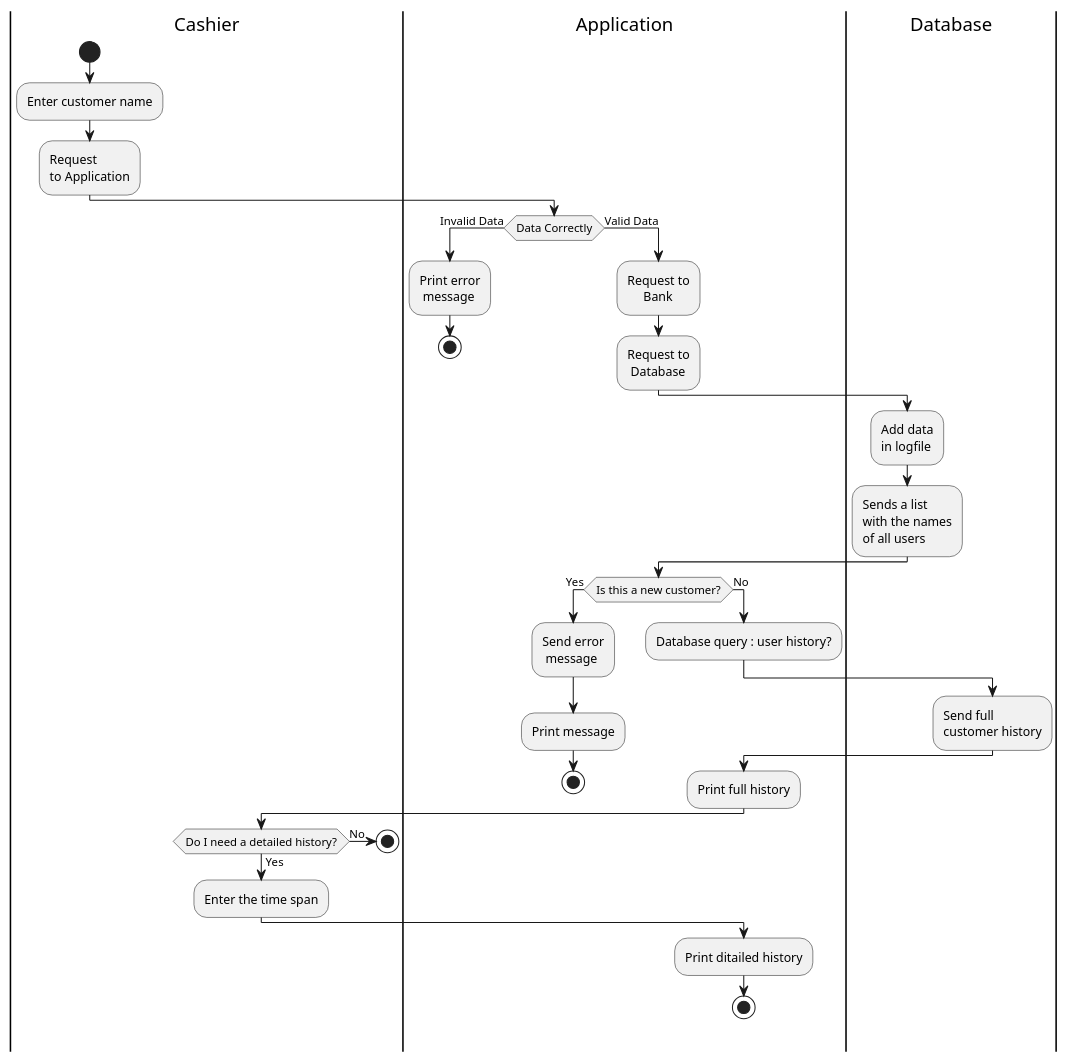
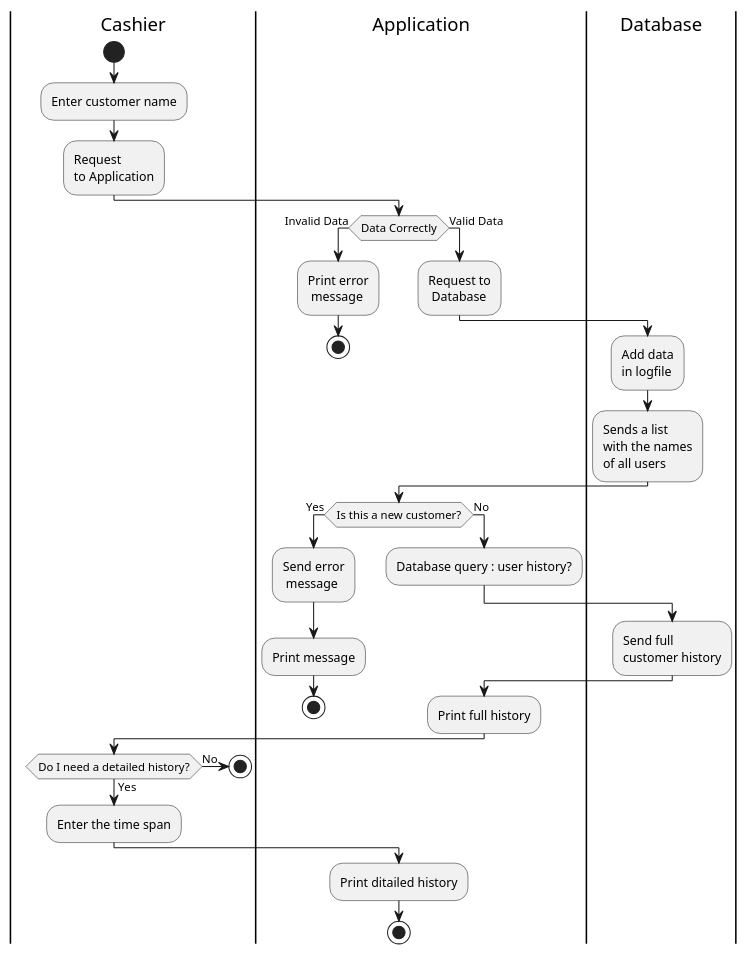
The diagram in ExchangeOfficeApplication/UML/ActivityViewHistoryDiagram.puml (DanilaKe/ExchangeOfficeApplication), drawn with PlantUML before and after one commit. The commit also changed other lines of this file and 5 other files, not shown here.

```diff
--- a/ExchangeOfficeApplication/UML/ActivityViewHistoryDiagram.puml
+++ b/ExchangeOfficeApplication/UML/ActivityViewHistoryDiagram.puml
@@ -1,38 +1,39 @@
 @startuml
-|Cashier|
-     start
-        :Enter customer name;
-        :Request\nto Application;
+    |Cashier|
+         start
+            :Enter customer name;
+            :Request\nto Application;
     |Application|
-        if (Data Correctly) then (Invalid Data)
-          :Print error\n message;
-          stop
-        else (Valid Data)
-          :Request to\n     Bank;
-        :Request to\n Database;
+            if (Data Correctly) then (Invalid Data)
+                :Print error\n message;
+                stop
+            else (Valid Data)
+                :Request to\n Database;
     |Database|
-        :Add data\nin logfile;
-        :Sends a list\nwith the names\nof all users;
+                :Add data\nin logfile;
+                :Sends a list\nwith the names\nof all users;
+            endif
     |Application|
-        if (Is this a new customer?) then (Yes)
-          :Send error\n message;
-|Application|
-        :Print message;
-      stop
-    else (No)
-    :Database query : user history?;
-|Database|
-    :Send full\ncustomer history;
-|Application|
-        :Print full history;
-|Cashier|
-        if (Do I need a detailed history?) then (No)
-        stop
-|Cashier|           
-        else (Yes)
-        :Enter the time span;
-        |Application|
-            :Print ditailed history;
-        endif
+            if (Is this a new customer?) then (Yes)
+                :Send error\n message;
+    |Application|
+                :Print message;
+                stop
+            else (No)
+                :Database query : user history?;
+    |Database|
+                :Send full\ncustomer history;
+    |Application|
+                :Print full history;
+            endif       
+    |Cashier|
+            if (Do I need a detailed history?) then (No)
+                stop
+    |Cashier|           
+            else (Yes)
+                :Enter the time span;
+    |Application|
+                :Print ditailed history;
+            endif
         stop
 @enduml
```
